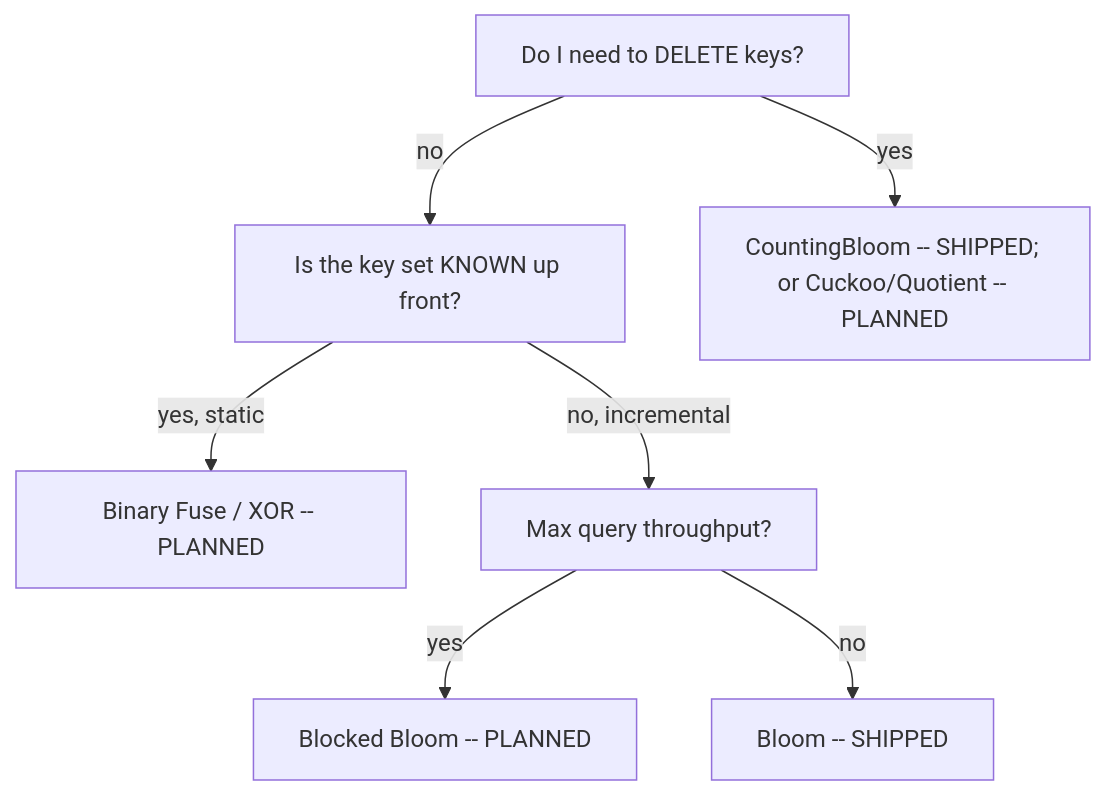
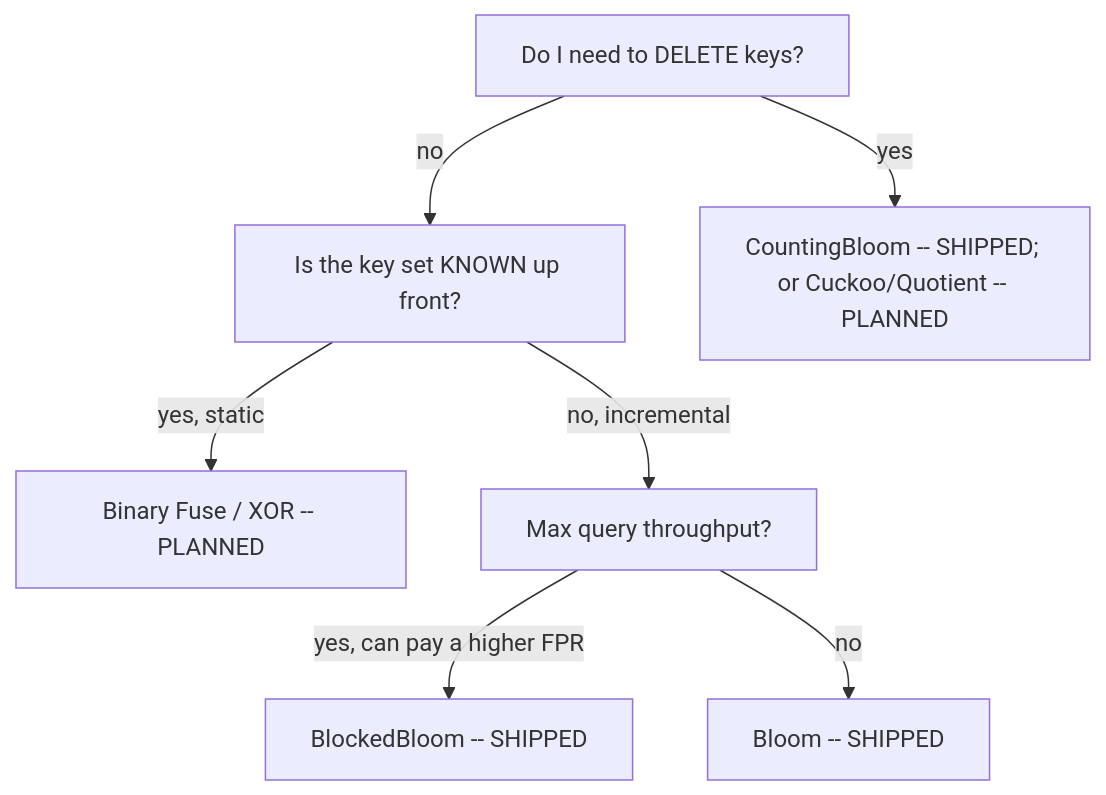
One commit to PeshoVurtoleta/lite-filter changed the diagram in GUIDE.md. Above: the diagram before and after it, drawn with Mermaid. The commit also changed other lines of this file and 19 other files, not shown here.

````diff
--- a/GUIDE.md
+++ b/GUIDE.md
@@ -38,9 +38,9 @@
 ```mermaid
 flowchart TD
     A[Do I need to DELETE keys?] -->|no| B[Is the key set KNOWN up front?]
     A -->|yes| C[CountingBloom -- SHIPPED; or Cuckoo/Quotient -- PLANNED]
     B -->|yes, static| D[Binary Fuse / XOR -- PLANNED]
     B -->|no, incremental| E[Max query throughput?]
-    E -->|yes| F[Blocked Bloom -- PLANNED]
+    E -->|yes, can pay a higher FPR| F[BlockedBloom -- SHIPPED]
     E -->|no| G[Bloom -- SHIPPED]
 ```
````
